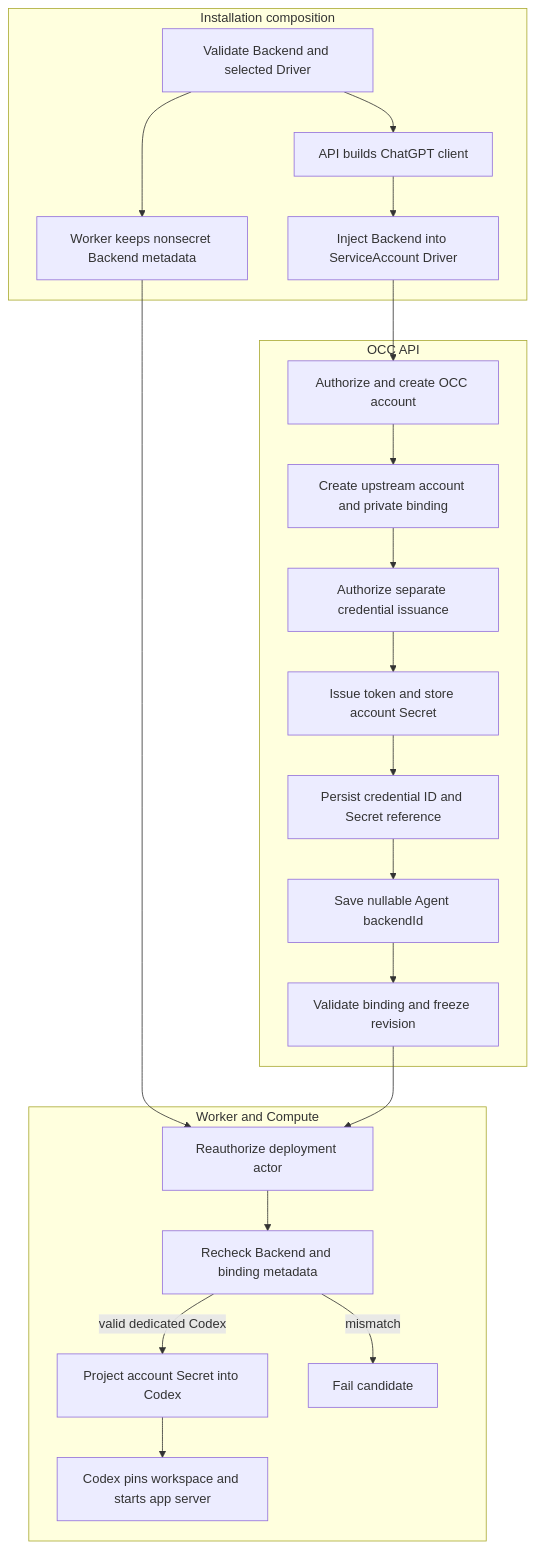
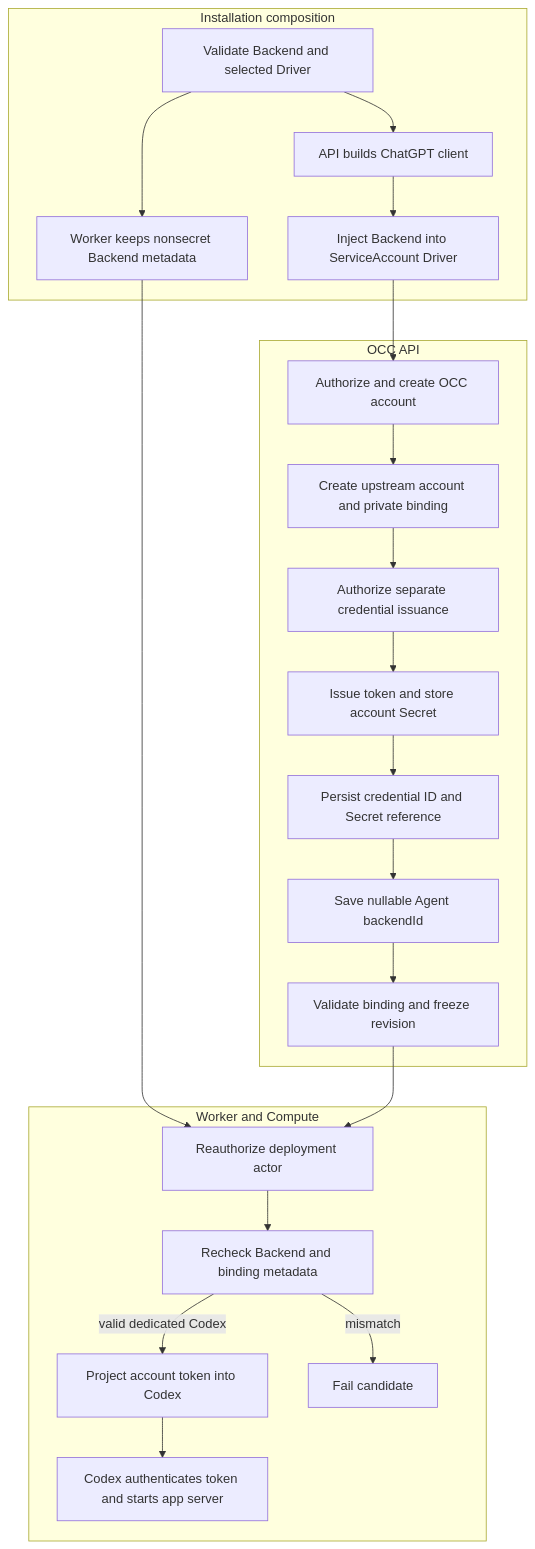
Before and after one commit to IsaiahStapleton/openclaw-enterprise: the diagram in docs/flows/service-account-driver-credential-delivery.md, drawn with Mermaid. The commit also changed other lines of this file and 55 other files, not shown here.

````diff
--- a/docs/flows/service-account-driver-credential-delivery.md
+++ b/docs/flows/service-account-driver-credential-delivery.md
@@ -33,25 +33,25 @@
 ```mermaid
 graph TD
   subgraph Composition["Installation composition"]
     A["Validate Backend and selected Driver"] --> B["API builds ChatGPT client"]
     B --> C["Inject Backend into ServiceAccount Driver"]
     A --> D["Worker keeps nonsecret Backend metadata"]
   end
   subgraph API["OCC API"]
     C --> E["Authorize and create OCC account"]
     E --> F["Create upstream account and private binding"]
     F --> G["Authorize separate credential issuance"]
     G --> H["Issue token and store account Secret"]
     H --> I["Persist credential ID and Secret reference"]
     I --> J["Save nullable Agent backendId"]
     J --> K["Validate binding and freeze revision"]
   end
   subgraph Worker["Worker and Compute"]
     D --> L["Reauthorize deployment actor"]
     K --> L
     L --> M["Recheck Backend and binding metadata"]
-    M -->|valid dedicated Codex| N["Project account Secret into Codex"]
+    M -->|valid dedicated Codex| N["Project account token into Codex"]
     M -->|mismatch| O["Fail candidate"]
-    N --> P["Codex pins workspace and starts app server"]
+    N --> P["Codex authenticates token and starts app server"]
   end
 ```
````
